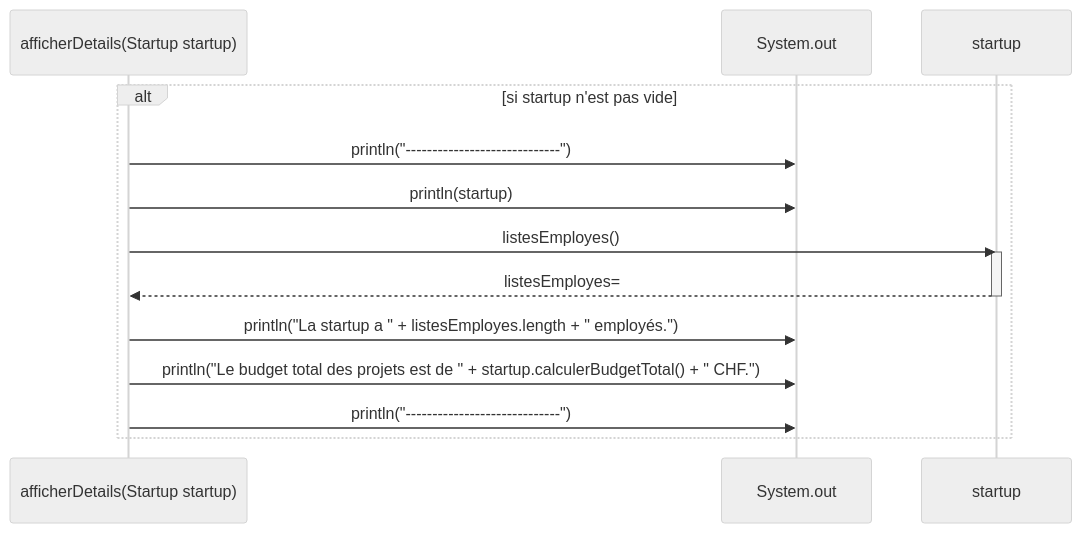
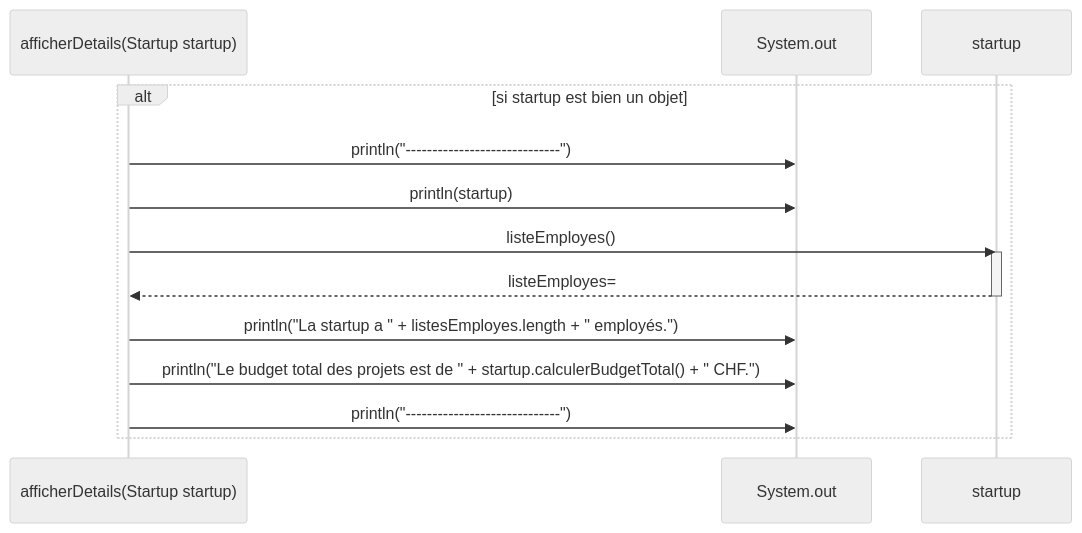
The second of 2 diagrams in README.md (emf-info-d400/2023-2024-E3-Startuuup), drawn with Mermaid (neutral theme) before and after one commit. The commit also changed other lines of this file, not shown here.

````diff
--- a/README.md
+++ b/README.md
@@ -76,17 +108,17 @@
 ```mermaid
 sequenceDiagram
 
-    alt si startup n'est pas vide
+    alt si startup est bien un objet
         afficherDetails(Startup startup)->>System.out : println("-----------------------------")
         afficherDetails(Startup startup)->>System.out : println(startup)
 
-        afficherDetails(Startup startup)->>startup: listesEmployes()
+        afficherDetails(Startup startup)->>startup: listeEmployes()
         activate startup
-        startup-->>afficherDetails(Startup startup): listesEmployes=
+        startup-->>afficherDetails(Startup startup): listeEmployes=
         deactivate startup
 
         afficherDetails(Startup startup)->>System.out : println("La startup a " + listesEmployes.length + " employés.")
         afficherDetails(Startup startup)->>System.out : println("Le budget total des projets est de " + startup.calculerBudgetTotal() + " CHF.")
         afficherDetails(Startup startup)->>System.out : println("-----------------------------")
     end    
 ```
````
